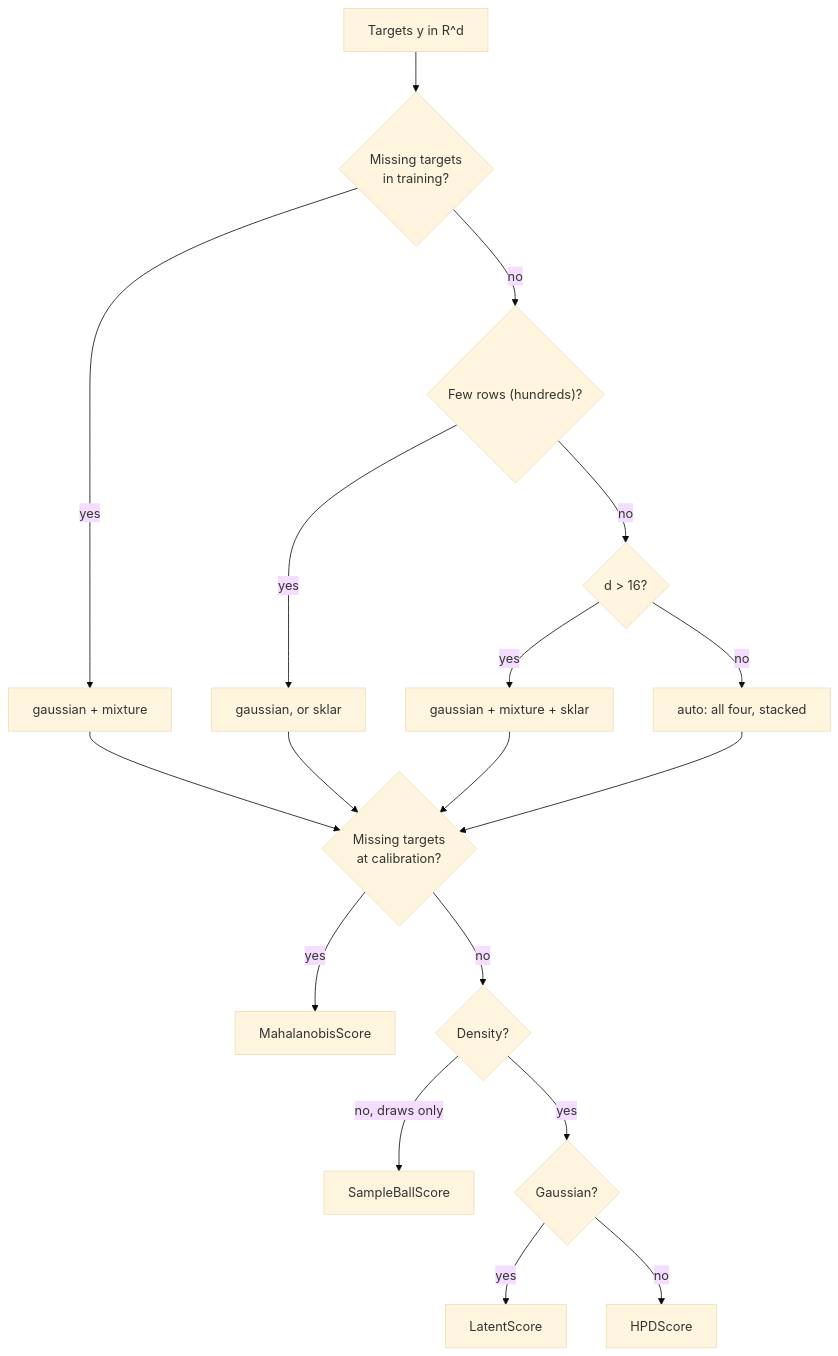
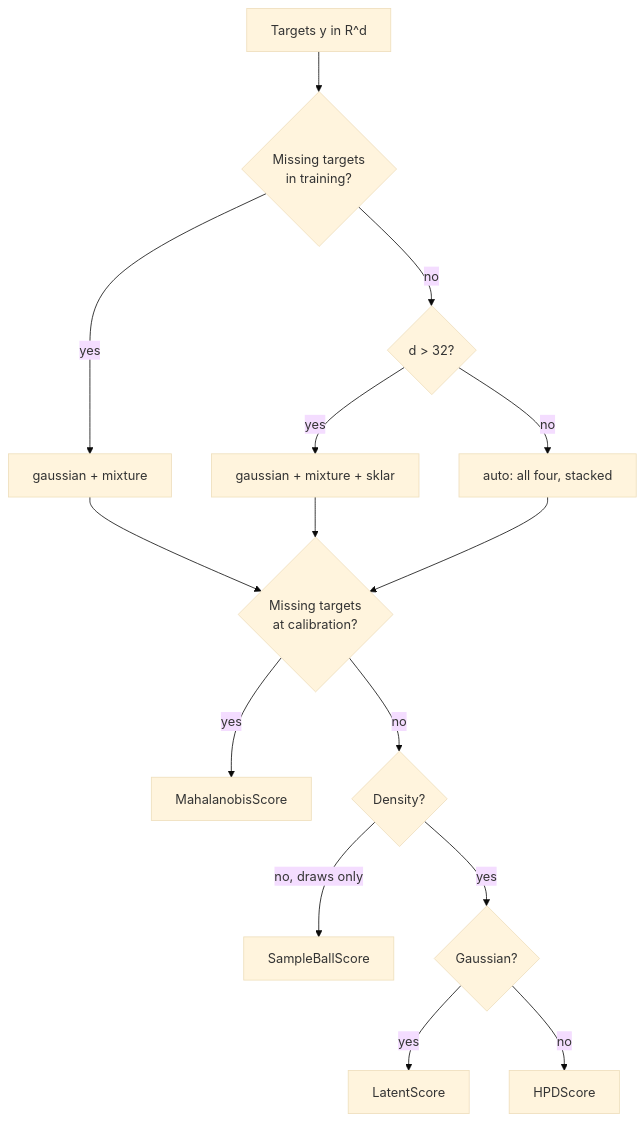
One commit to sfabbro/torchregress changed the second of 2 diagrams in docs/guide/joint-regression.md. Above: the diagram before and after it, drawn with Mermaid (base theme). The commit also changed other lines of this file and 7 other files, not shown here.

````diff
--- a/docs/guide/joint-regression.md
+++ b/docs/guide/joint-regression.md
@@ -553,20 +553,17 @@
 ```mermaid
 flowchart TD
     A["Targets y in R^d"] --> B{"Missing targets<br/>in training?"}
     B -->|"yes"| C["gaussian + mixture"]
-    B -->|"no"| D{"Few rows (hundreds)?"}
-    D -->|"yes"| E["gaussian, or sklar"]
-    D -->|"no"| F{"d > 16?"}
+    B -->|"no"| F{"d > 32?"}
     F -->|"yes"| G["gaussian + mixture + sklar"]
     F -->|"no"| H["auto: all four, stacked"]
     C --> S{"Missing targets<br/>at calibration?"}
-    E --> S
     G --> S
     H --> S
     S -->|"yes"| M["MahalanobisScore"]
     S -->|"no"| N{"Density?"}
     N -->|"no, draws only"| P["SampleBallScore"]
     N -->|"yes"| Q{"Gaussian?"}
     Q -->|"yes"| L["LatentScore"]
     Q -->|"no"| R["HPDScore"]
 ```
````
